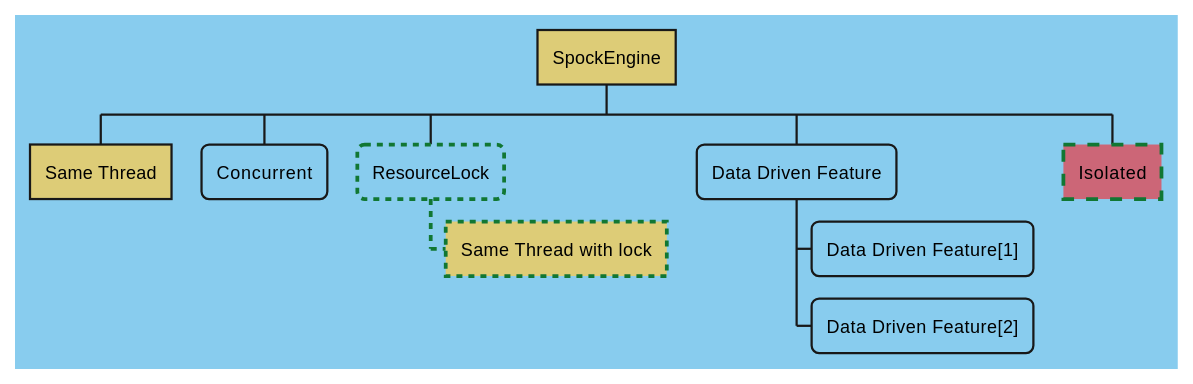
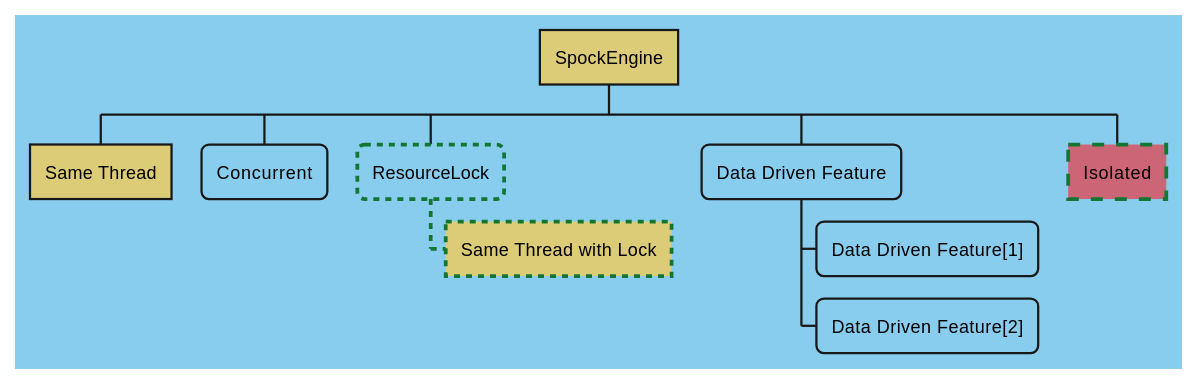
One commit to spockframework/spock changed the first of 15 diagrams in docs/parallel_execution.adoc. Above: the diagram before and after it, drawn with PlantUML. The commit also changed other lines of this file and 3 other files, not shown here.

```diff
--- a/docs/parallel_execution.adoc
+++ b/docs/parallel_execution.adoc
@@ -95,53 +95,53 @@
 [plantuml,images/wbs-legend,svg]
 ....
 @startwbs
 <style>
 wbsDiagram {
 
   BackgroundColor #88CCEE
   RoundCorner 10
 
   node {
     :depth(0) {
       BackgroundColor #DDCC77
       RoundCorner 0
     }
   }
 
   .concurrent * {
       BackgroundColor #88CCEE
       RoundCorner 10
   }
 
   .samethread * {
       BackgroundColor #DDCC77
       RoundCorner 0
   }
 
   .write_lock * {
       LineStyle 4
       LineThickness 2.5
       LineColor #117733
   }
 
   .isolated * {
       BackgroundColor #CC6677
       RoundCorner 0
       LineStyle 8
       LineThickness 2.5
       LineColor #117733
   }
 }
 </style>
 skinparam shadowing false
 * SpockEngine
 ** Same Thread <<samethread>>
 ** Concurrent <<concurrent>>
 ** ResourceLock <<write_lock>>
-*** Same Thread with lock <<samethread>>
+*** Same Thread with Lock <<samethread>>
 ** Data Driven Feature
 *** Data Driven Feature[1]
 *** Data Driven Feature[2]
 ** Isolated <<isolated>>
 @endwbs
 ....
```
